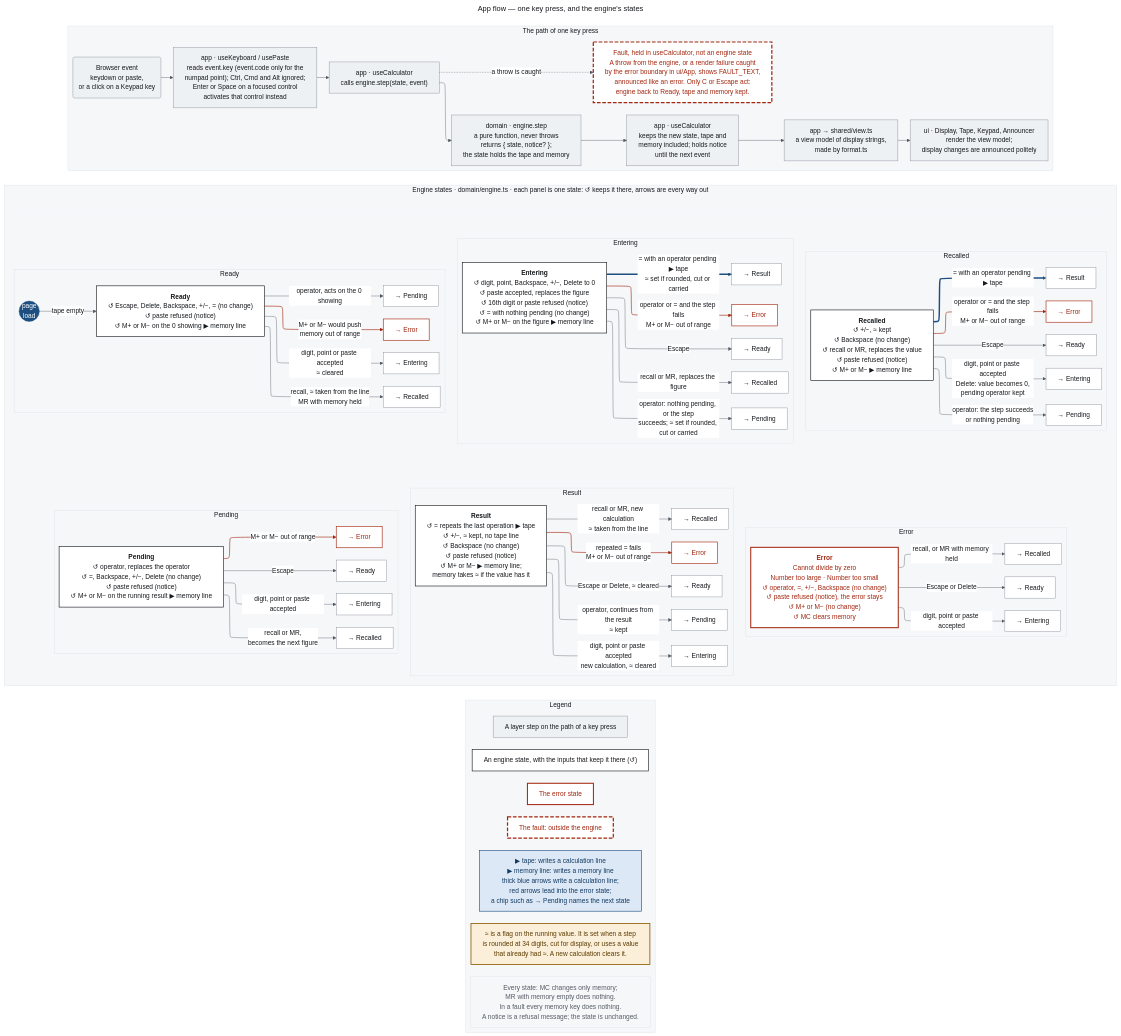
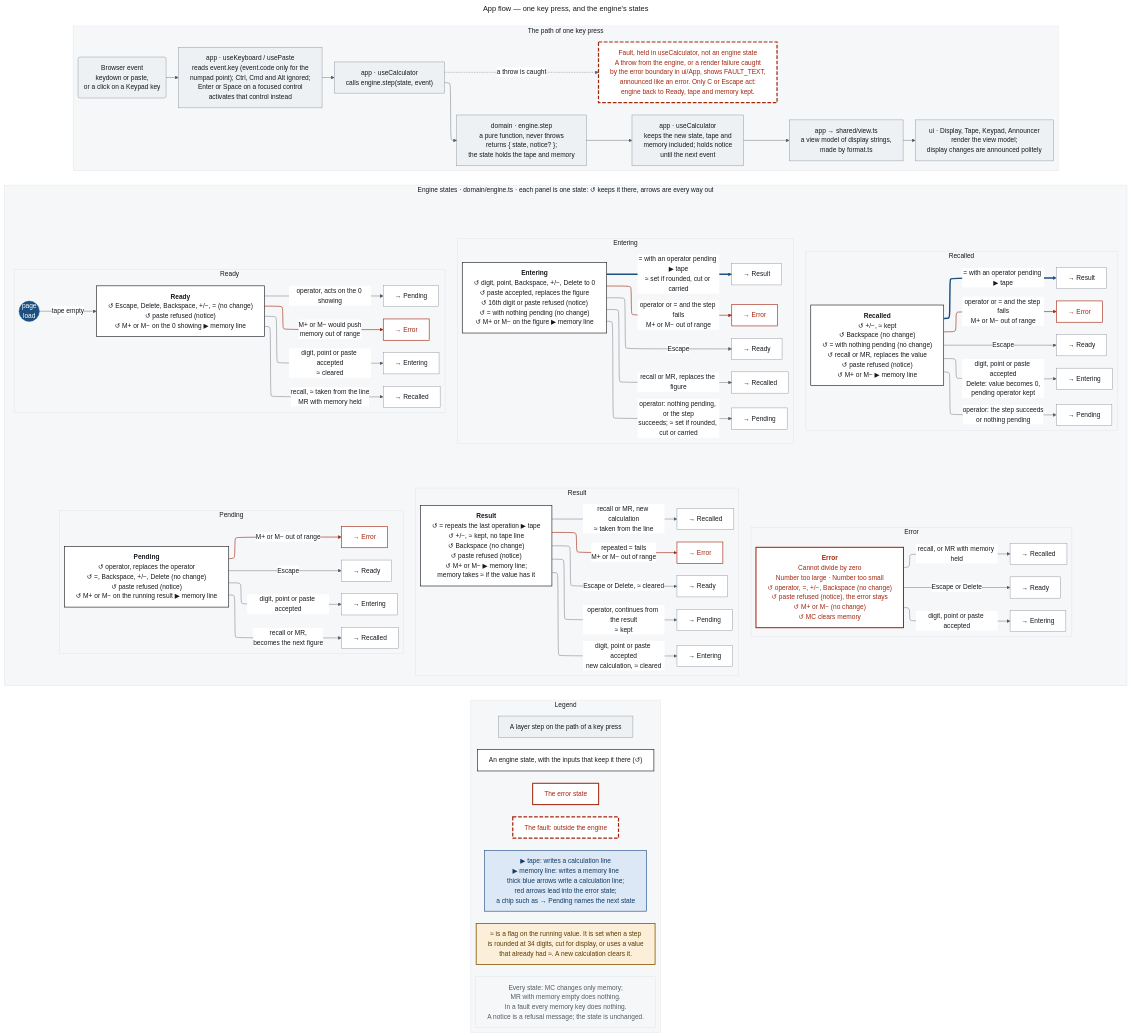
The diagram in docs/diagrams/app-flow.mmd (hassan-product/hassa-chaudry-calculator), drawn with Mermaid before and after one commit. The commit also changed 2 other files, not shown here.

Commit message:
Match the diagrams to the engine as built
Checking the transition table against the state diagram found one
missing self-loop: = on a recalled value with no operator pending
does nothing (Decision 7). The module diagram's domain arrows were
the plan; they are now the real imports, so the layer test can be
checked against a true picture.

```diff
--- a/docs/diagrams/app-flow.mmd
+++ b/docs/diagrams/app-flow.mmd
@@ -1,175 +1,175 @@
 ---
 title: App flow — one key press, and the engine's states
 config:
   theme: base
   layout: elk
   fontFamily: "system-ui, -apple-system, Segoe UI, Roboto, sans-serif"
   themeVariables:
     fontFamily: "system-ui, -apple-system, Segoe UI, Roboto, sans-serif"
     fontSize: 16px
     primaryColor: "#FFFFFF"
     primaryTextColor: "#16191D"
     primaryBorderColor: "#808892"
     lineColor: "#545B64"
     clusterBkg: "#F6F7F9"
     clusterBorder: "#DDE1E6"
     titleColor: "#16191D"
     edgeLabelBackground: "#FFFFFF"
   flowchart:
     nodeSpacing: 40
     rankSpacing: 60
     padding: 14
     wrappingWidth: 420
 ---
 %% Source of docs/diagrams/app-flow.png. Every state and transition is the engine state diagram in
 %% docs/architecture.md; the path of a key press is its layer model and error model. Nothing here is new.
 %% Colours and type are the light-theme tokens in docs/ux/mockup.html.
 flowchart TB
 
   subgraph Path["The path of one key press"]
     direction LR
     k1("Browser event<br/>keydown or paste,<br/>or a click on a Keypad key")
     k2["app · useKeyboard / usePaste<br/>reads event.key (event.code only for the<br/>numpad point); Ctrl, Cmd and Alt ignored;<br/>Enter or Space on a focused control<br/>activates that control instead"]
     k3["app · useCalculator<br/>calls engine.step(state, event)"]
     k4["domain · engine.step<br/>a pure function, never throws<br/>returns { state, notice? };<br/>the state holds the tape and memory"]
     k5["app · useCalculator<br/>keeps the new state, tape and<br/>memory included; holds notice<br/>until the next event"]
     k6["app → shared/view.ts<br/>a view model of display strings,<br/>made by format.ts"]
     k7["ui · Display, Tape, Keypad, Announcer<br/>render the view model;<br/>display changes are announced politely"]
     kf["Fault, held in useCalculator, not an engine state<br/>A throw from the engine, or a render failure caught<br/>by the error boundary in ui/App, shows FAULT_TEXT,<br/>announced like an error. Only C or Escape act:<br/>engine back to Ready, tape and memory kept."]
     k1 --> k2 --> k3 --> k4 --> k5 --> k6 --> k7
     k3 -. "a throw is caught" .-> kf
   end
 
   subgraph Engine["Engine states · domain/engine.ts · each panel is one state: ↺ keeps it there, arrows are every way out"]
     direction TB
     subgraph ERow0[" "]
       direction LR
       subgraph PReady["Ready"]
         direction LR
         start(("page<br/>load"))
         Ready["<b>Ready</b><br/>↺ Escape, Delete, Backspace, +/−, = (no change)<br/>↺ paste refused (notice)<br/>↺ M+ or M− on the 0 showing ▶ memory line"]
         Ready_Entering["→ Entering"]
         Ready_Recalled["→ Recalled"]
         Ready_Pending["→ Pending"]
         Ready_Error["→ Error"]
         start -->|"tape empty"| Ready
         Ready -->|"digit, point or paste accepted<br/>≈ cleared"| Ready_Entering
         Ready -->|"recall, ≈ taken from the line<br/>MR with memory held"| Ready_Recalled
         Ready -->|"operator, acts on the 0 showing"| Ready_Pending
         Ready -->|"M+ or M− would push<br/>memory out of range"| Ready_Error
       end
       subgraph PEntering["Entering"]
         direction LR
         Entering["<b>Entering</b><br/>↺ digit, point, Backspace, +/−, Delete to 0<br/>↺ paste accepted, replaces the figure<br/>↺ 16th digit or paste refused (notice)<br/>↺ = with nothing pending (no change)<br/>↺ M+ or M− on the figure ▶ memory line"]
         Entering_Recalled["→ Recalled"]
         Entering_Pending["→ Pending"]
         Entering_Result["→ Result"]
         Entering_Error["→ Error"]
         Entering_Ready["→ Ready"]
         Entering -->|"recall or MR, replaces the figure"| Entering_Recalled
         Entering -->|"operator: nothing pending, or the step<br/>succeeds; ≈ set if rounded, cut or carried"| Entering_Pending
         Entering ==>|"= with an operator pending ▶ tape<br/>≈ set if rounded, cut or carried"| Entering_Result
         Entering -->|"operator or = and the step fails<br/>M+ or M− out of range"| Entering_Error
         Entering -->|"Escape"| Entering_Ready
       end
       subgraph PRecalled["Recalled"]
         direction LR
-        Recalled["<b>Recalled</b><br/>↺ +/−, ≈ kept<br/>↺ Backspace (no change)<br/>↺ recall or MR, replaces the value<br/>↺ paste refused (notice)<br/>↺ M+ or M− ▶ memory line"]
+        Recalled["<b>Recalled</b><br/>↺ +/−, ≈ kept<br/>↺ Backspace (no change)<br/>↺ = with nothing pending (no change)<br/>↺ recall or MR, replaces the value<br/>↺ paste refused (notice)<br/>↺ M+ or M− ▶ memory line"]
         Recalled_Entering["→ Entering"]
         Recalled_Pending["→ Pending"]
         Recalled_Result["→ Result"]
         Recalled_Error["→ Error"]
         Recalled_Ready["→ Ready"]
         Recalled -->|"digit, point or paste accepted<br/>Delete: value becomes 0,<br/>pending operator kept"| Recalled_Entering
         Recalled -->|"operator: the step succeeds<br/>or nothing pending"| Recalled_Pending
         Recalled ==>|"= with an operator pending ▶ tape"| Recalled_Result
         Recalled -->|"operator or = and the step fails<br/>M+ or M− out of range"| Recalled_Error
         Recalled -->|"Escape"| Recalled_Ready
       end
       PReady ~~~ PEntering ~~~ PRecalled
     end
     subgraph ERow1[" "]
       direction LR
       subgraph PPending["Pending"]
         direction LR
         Pending["<b>Pending</b><br/>↺ operator, replaces the operator<br/>↺ =, Backspace, +/−, Delete (no change)<br/>↺ paste refused (notice)<br/>↺ M+ or M− on the running result ▶ memory line"]
         Pending_Entering["→ Entering"]
         Pending_Recalled["→ Recalled"]
         Pending_Error["→ Error"]
         Pending_Ready["→ Ready"]
         Pending -->|"digit, point or paste accepted"| Pending_Entering
         Pending -->|"recall or MR,<br/>becomes the next figure"| Pending_Recalled
         Pending -->|"M+ or M− out of range"| Pending_Error
         Pending -->|"Escape"| Pending_Ready
       end
       subgraph PResult["Result"]
         direction LR
         Result["<b>Result</b><br/>↺ = repeats the last operation ▶ tape<br/>↺ +/−, ≈ kept, no tape line<br/>↺ Backspace (no change)<br/>↺ paste refused (notice)<br/>↺ M+ or M− ▶ memory line;<br/>memory takes ≈ if the value has it"]
         Result_Pending["→ Pending"]
         Result_Entering["→ Entering"]
         Result_Recalled["→ Recalled"]
         Result_Error["→ Error"]
         Result_Ready["→ Ready"]
         Result -->|"operator, continues from the result<br/>≈ kept"| Result_Pending
         Result -->|"digit, point or paste accepted<br/>new calculation, ≈ cleared"| Result_Entering
         Result -->|"recall or MR, new calculation<br/>≈ taken from the line"| Result_Recalled
         Result -->|"repeated = fails<br/>M+ or M− out of range"| Result_Error
         Result -->|"Escape or Delete, ≈ cleared"| Result_Ready
       end
       subgraph PError["Error"]
         direction LR
         Error["<b>Error</b><br/>Cannot divide by zero<br/>Number too large · Number too small<br/>↺ operator, =, +/−, Backspace (no change)<br/>↺ paste refused (notice), the error stays<br/>↺ M+ or M− (no change)<br/>↺ MC clears memory"]
         Error_Ready["→ Ready"]
         Error_Entering["→ Entering"]
         Error_Recalled["→ Recalled"]
         Error -->|"Escape or Delete"| Error_Ready
         Error -->|"digit, point or paste accepted"| Error_Entering
         Error -->|"recall, or MR with memory held"| Error_Recalled
       end
       PPending ~~~ PResult ~~~ PError
     end
     ERow0 ~~~ ERow1
   end
 
   subgraph Key["Legend"]
     direction TB
     g1["A layer step on the path of a key press"]
     g2["An engine state, with the inputs that keep it there (↺)"]
     g3["The error state"]
     g4["The fault: outside the engine"]
     g5["▶ tape: writes a calculation line<br/>▶ memory line: writes a memory line<br/>thick blue arrows write a calculation line;<br/>red arrows lead into the error state;<br/>a chip such as → Pending names the next state"]
     g6["≈ is a flag on the running value. It is set when a step<br/>is rounded at 34 digits, cut for display, or uses a value<br/>that already had ≈. A new calculation clears it."]
     g7["Every state: MC changes only memory;<br/>MR with memory empty does nothing.<br/>In a fault every memory key does nothing.<br/>A notice is a refusal message; the state is unchanged."]
     g1 ~~~ g2 ~~~ g3 ~~~ g4 ~~~ g5 ~~~ g6 ~~~ g7
   end
 
   Path ~~~ Engine
   Engine ~~~ Key
 
   classDef step fill:#EEF1F4,stroke:#808892,stroke-width:1px,color:#16191D
   classDef state fill:#FFFFFF,stroke:#16191D,stroke-width:1.5px,color:#16191D
   classDef error fill:#FFFFFF,stroke:#A3260F,stroke-width:2.5px,color:#A3260F
   classDef fault fill:#FFFFFF,stroke:#A3260F,stroke-width:3px,stroke-dasharray:9 4,color:#A3260F
   classDef tape fill:#DCE8F5,stroke:#1D4F80,stroke-width:1.5px,color:#123A63
   classDef approx fill:#FCEFD9,stroke:#8A5A00,stroke-width:2px,color:#5A3B00
   classDef note fill:#F6F7F9,stroke:#DDE1E6,stroke-width:1px,color:#545B64
   classDef target fill:#FFFFFF,stroke:#808892,stroke-width:1px,color:#16191D
   classDef errtarget fill:#FFFFFF,stroke:#A3260F,stroke-width:1.5px,color:#A3260F
   classDef row fill:#F6F7F9,stroke:#F6F7F9
   classDef start fill:#1D4F80,stroke:#1D4F80,color:#FFFFFF
 
   class k1,k2,k3,k4,k5,k6,k7,g1 step
   class Ready,Entering,Recalled,Pending,Result,g2 state
   class Ready_Entering,Ready_Recalled,Ready_Pending,Entering_Recalled,Entering_Pending,Entering_Result,Entering_Ready,Recalled_Entering,Recalled_Pending,Recalled_Result,Recalled_Ready,Pending_Entering,Pending_Recalled,Pending_Ready,Result_Pending,Result_Entering,Result_Recalled,Result_Ready,Error_Ready,Error_Entering,Error_Recalled target
   class Ready_Error,Entering_Error,Recalled_Error,Pending_Error,Result_Error errtarget
   class ERow0,ERow1 row
   class Error,g3 error
   class kf,g4 fault
   class g5 tape
   class g6 approx
   class g7 note
   class start start
 
   %% Link indices count every link in order, invisible ones included.
   linkStyle 14,19 stroke:#1D4F80,stroke-width:3.5px
   linkStyle 11,15,20,26,31 stroke:#A3260F,stroke-width:1.5px
```
